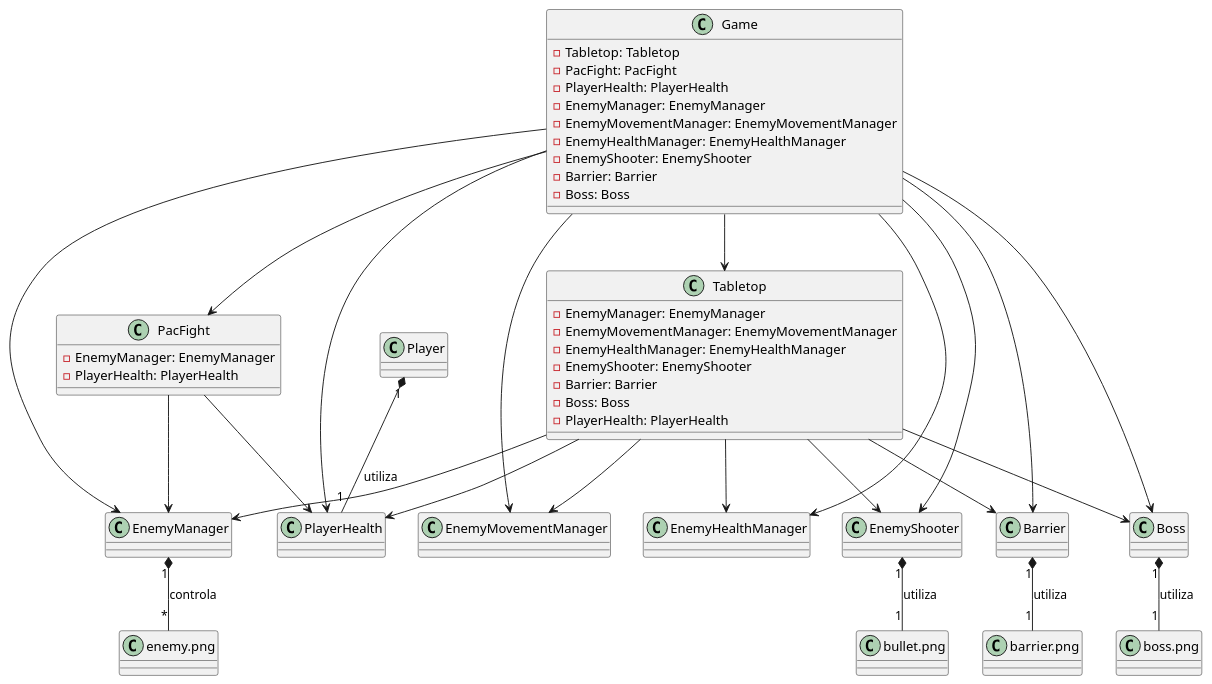
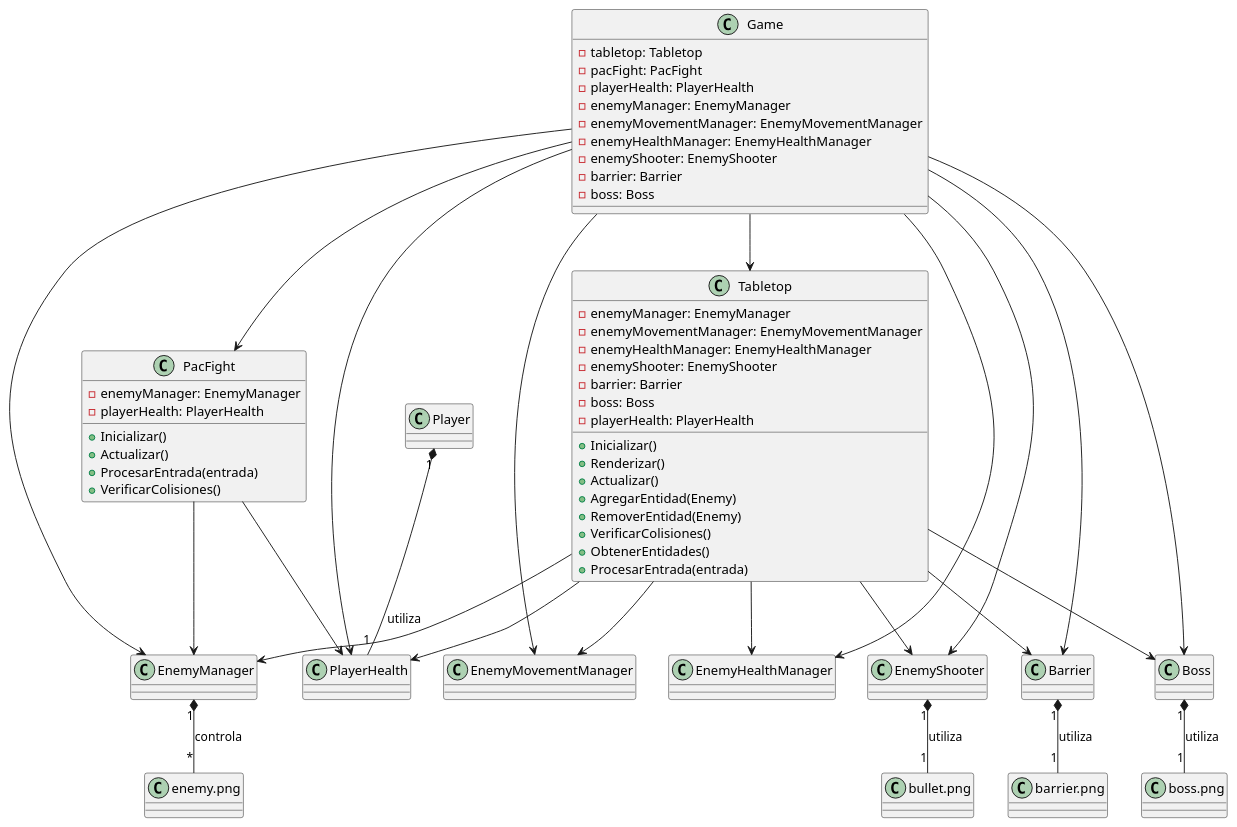
One commit to 24110280-Braulio/Space-Invaders changed the diagram in docs/Diagrama.PUML. Above: the diagram before and after it, drawn with PlantUML. The commit also changed 1 other file, not shown here.

```diff
--- a/docs/Diagrama.PUML
+++ b/docs/Diagrama.PUML
@@ -1,72 +1,84 @@
 @startuml SpaceInvaders
 
 ' Clases principales
 class Game {
-    - Tabletop: Tabletop
-    - PacFight: PacFight
-    - PlayerHealth: PlayerHealth
-    - EnemyManager: EnemyManager
-    - EnemyMovementManager: EnemyMovementManager
-    - EnemyHealthManager: EnemyHealthManager
-    - EnemyShooter: EnemyShooter
-    - Barrier: Barrier
-    - Boss: Boss
+    - tabletop: Tabletop
+    - pacFight: PacFight
+    - playerHealth: PlayerHealth
+    - enemyManager: EnemyManager
+    - enemyMovementManager: EnemyMovementManager
+    - enemyHealthManager: EnemyHealthManager
+    - enemyShooter: EnemyShooter
+    - barrier: Barrier
+    - boss: Boss
 }
 
 class Tabletop {
-    - EnemyManager: EnemyManager
-    - EnemyMovementManager: EnemyMovementManager
-    - EnemyHealthManager: EnemyHealthManager
-    - EnemyShooter: EnemyShooter
-    - Barrier: Barrier
-    - Boss: Boss
-    - PlayerHealth: PlayerHealth
+    - enemyManager: EnemyManager
+    - enemyMovementManager: EnemyMovementManager
+    - enemyHealthManager: EnemyHealthManager
+    - enemyShooter: EnemyShooter
+    - barrier: Barrier
+    - boss: Boss
+    - playerHealth: PlayerHealth
+    + Inicializar()
+    + Renderizar()
+    + Actualizar()
+    + AgregarEntidad(Enemy)
+    + RemoverEntidad(Enemy)
+    + VerificarColisiones()
+    + ObtenerEntidades()
+    + ProcesarEntrada(entrada)
 }
 
 class PacFight {
-    - EnemyManager: EnemyManager
-    - PlayerHealth: PlayerHealth
+    - enemyManager: EnemyManager
+    - playerHealth: PlayerHealth
+    + Inicializar()
+    + Actualizar()
+    + ProcesarEntrada(entrada)
+    + VerificarColisiones()
 }
 
 class EnemyManager
 class EnemyMovementManager
 class EnemyHealthManager
 class EnemyShooter
 class Barrier
 class Boss
 class PlayerHealth
 
 class EnemySprite as "enemy.png"
 class BossSprite as "boss.png"
 class BarrierSprite as "barrier.png"
 class BulletSprite as "bullet.png"
 
 ' Relaciones
 Game --> Tabletop
 Game --> PacFight
 Game --> PlayerHealth
 Game --> EnemyManager
 Game --> EnemyMovementManager
 Game --> EnemyHealthManager
 Game --> EnemyShooter
 Game --> Barrier
 Game --> Boss
 
 Tabletop --> EnemyManager
 Tabletop --> EnemyMovementManager
 Tabletop --> EnemyHealthManager
 Tabletop --> EnemyShooter
 Tabletop --> Barrier
 Tabletop --> Boss
 Tabletop --> PlayerHealth
 
 PacFight --> EnemyManager
 PacFight --> PlayerHealth
 
 Player "1" *-- "1" PlayerHealth : utiliza
 EnemyManager "1" *-- "*" EnemySprite : controla
 Boss "1" *-- "1" BossSprite : utiliza
 Barrier "1" *-- "1" BarrierSprite : utiliza
 EnemyShooter "1" *-- "1" BulletSprite : utiliza
 
 @enduml
```
